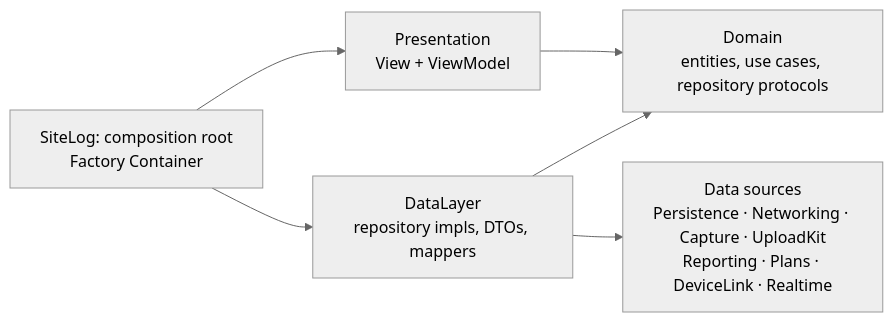
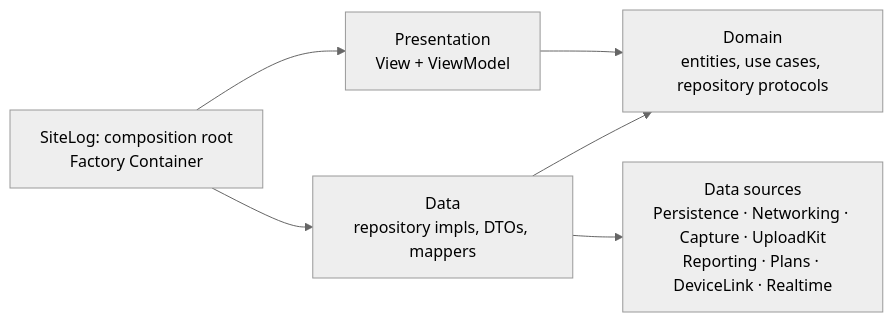
One commit to DAMHONGDUC/site-log-ios changed the diagram in docs/feature-docs/00-overview.md. Above: the diagram before and after it, drawn with Mermaid (neutral theme). The commit also changed other lines of this file and 13 other files, not shown here.

First line of the commit message:
docs: architecture - layer folders, DesignSystem package, final repo layout

````diff
--- a/docs/feature-docs/00-overview.md
+++ b/docs/feature-docs/00-overview.md
@@ -161,8 +162,8 @@
 ```mermaid
 flowchart LR
     App["SiteLog: composition root<br/>Factory Container"] --> P["Presentation<br/>View + ViewModel"]
-    App --> Data["DataLayer<br/>repository impls, DTOs, mappers"]
+    App --> Data["Data<br/>repository impls, DTOs, mappers"]
     P --> D["Domain<br/>entities, use cases, repository protocols"]
     Data --> D
     Data --> DS["Data sources<br/>Persistence · Networking · Capture · UploadKit<br/>Reporting · Plans · DeviceLink · Realtime"]
 ```
````
